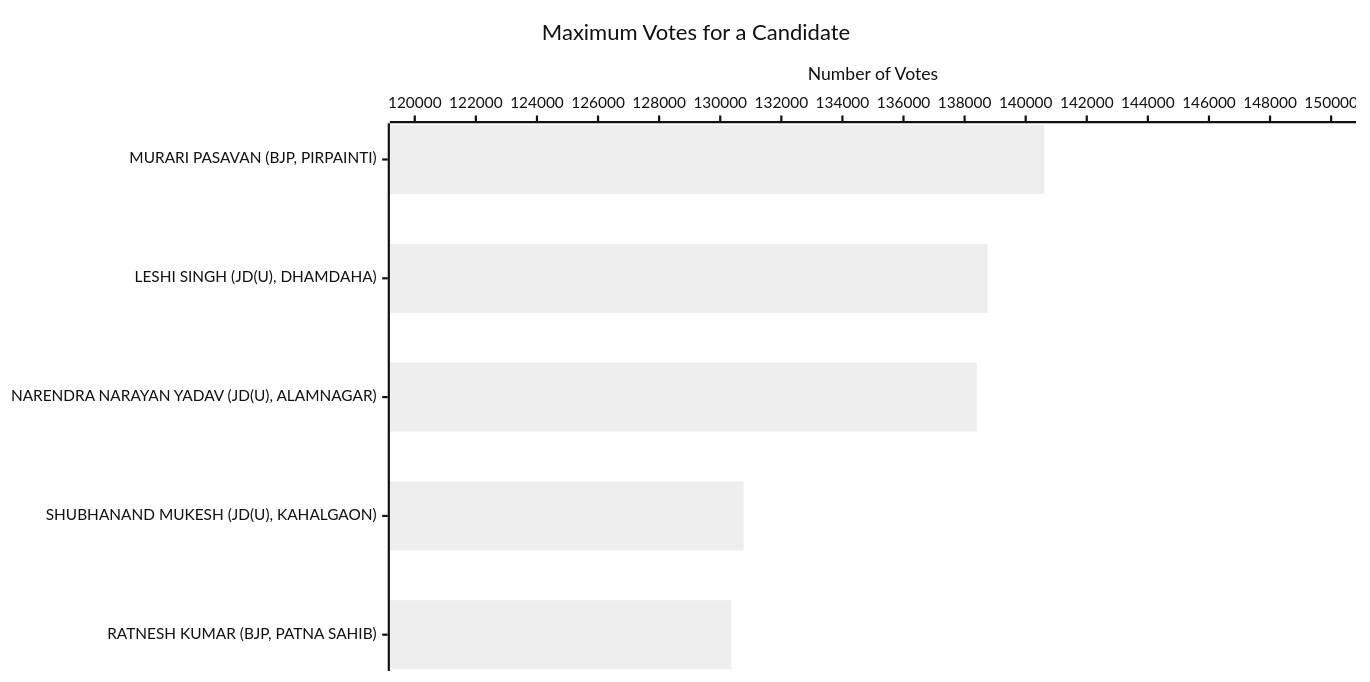
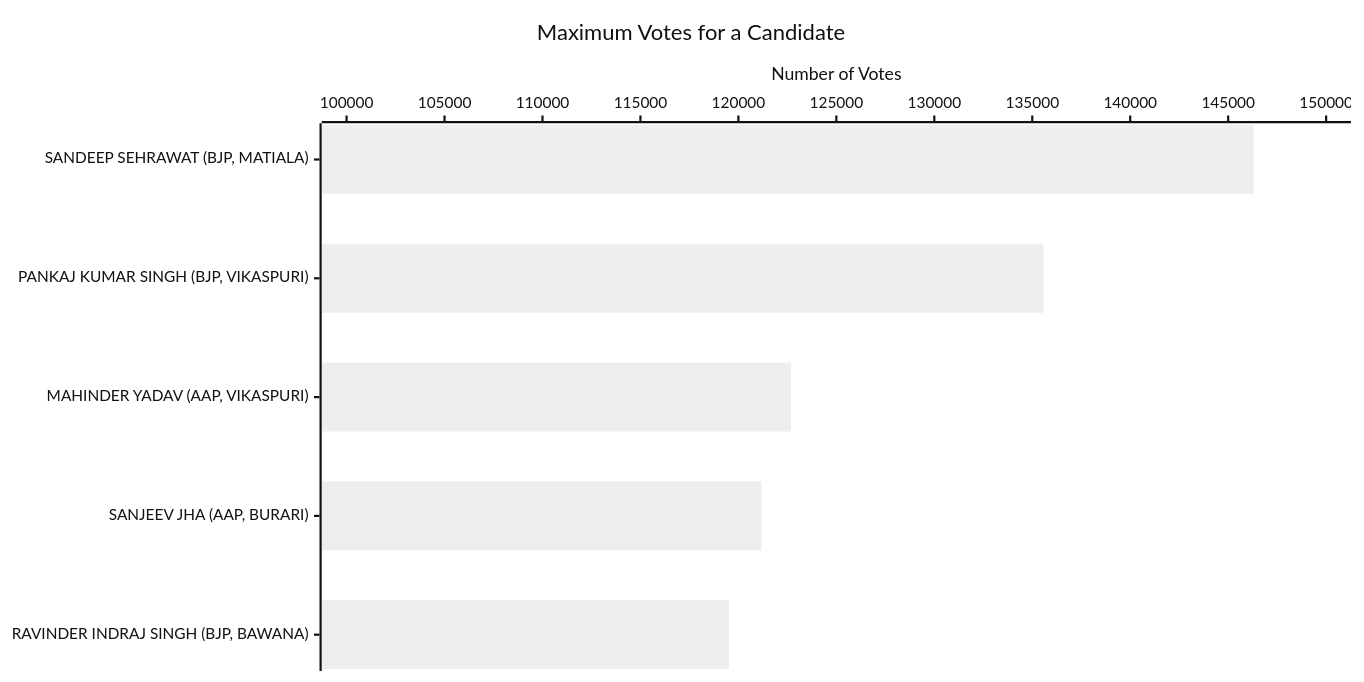
One commit to arjunswaj/elections changed the second of 23 diagrams in BIHAR-GRAPH.md. Above: the diagram before and after it, drawn with Mermaid (neutral theme). The commit also changed other lines of this file and 9 other files, not shown here.

````diff
--- a/BIHAR-GRAPH.md
+++ b/BIHAR-GRAPH.md
@@ -74,17 +74,17 @@
 ```mermaid
 ---
 config:
     xyChart:
         width: 1200
         height: 600
         chartOrientation: horizontal
         dataLabels:
             enabled: true
             placement: end
 ---
 xychart-beta
     title "Maximum Votes for a Candidate"
-    x-axis ["MURARI PASAVAN (BJP, PIRPAINTI)", "LESHI SINGH (JD(U), DHAMDAHA)", "NARENDRA NARAYAN YADAV (JD(U), ALAMNAGAR)", "SHUBHANAND MUKESH (JD(U), KAHALGAON)", "RATNESH KUMAR (BJP, PATNA SAHIB)"]
-    y-axis "Number of Votes" 120000 --> 150000
-    bar [140608, 138750, 138401, 130767, 130366]
+    x-axis ["SANDEEP SEHRAWAT (BJP, MATIALA)", "PANKAJ KUMAR SINGH (BJP, VIKASPURI)", "MAHINDER YADAV (AAP, VIKASPURI)", "SANJEEV JHA (AAP, BURARI)", "RAVINDER INDRAJ SINGH (BJP, BAWANA)"]
+    y-axis "Number of Votes" 100000 --> 150000
+    bar [146295, 135564, 122688, 121181, 119515]
 ```
````
